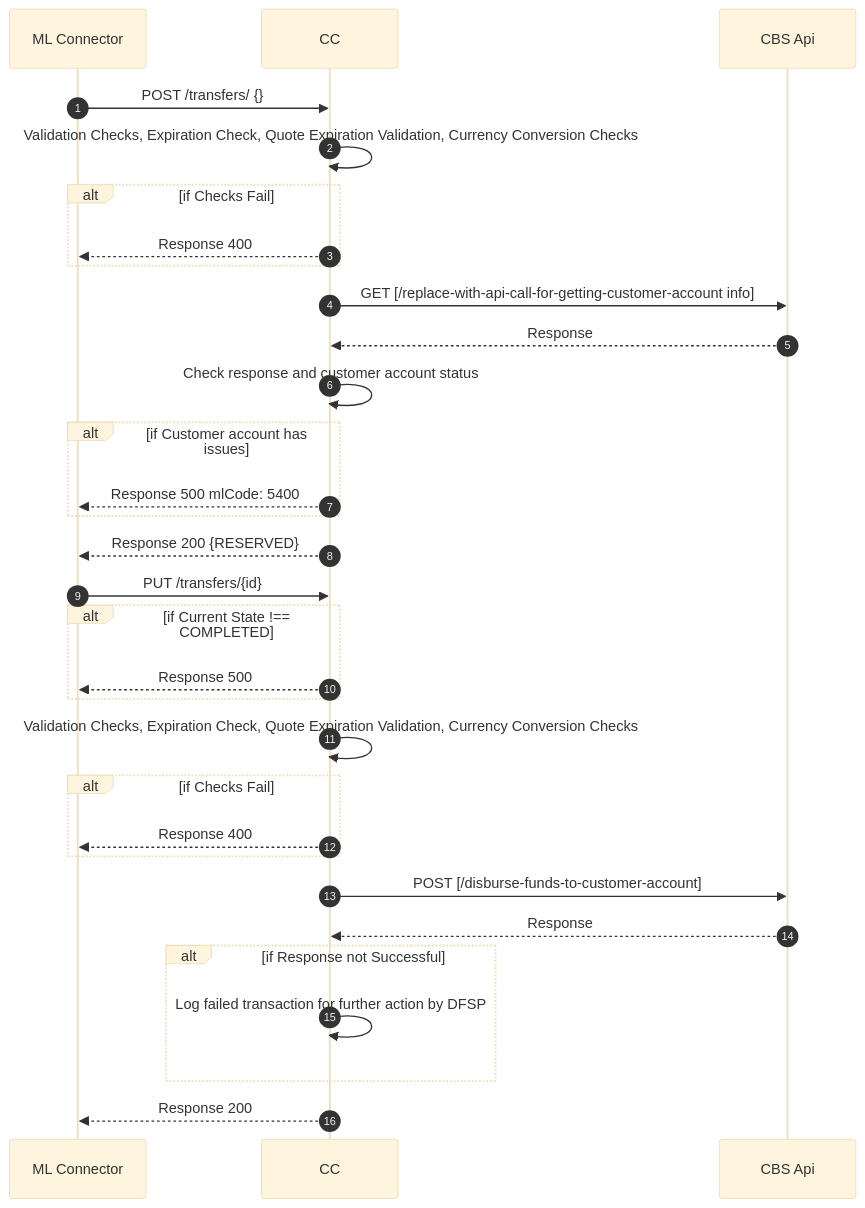
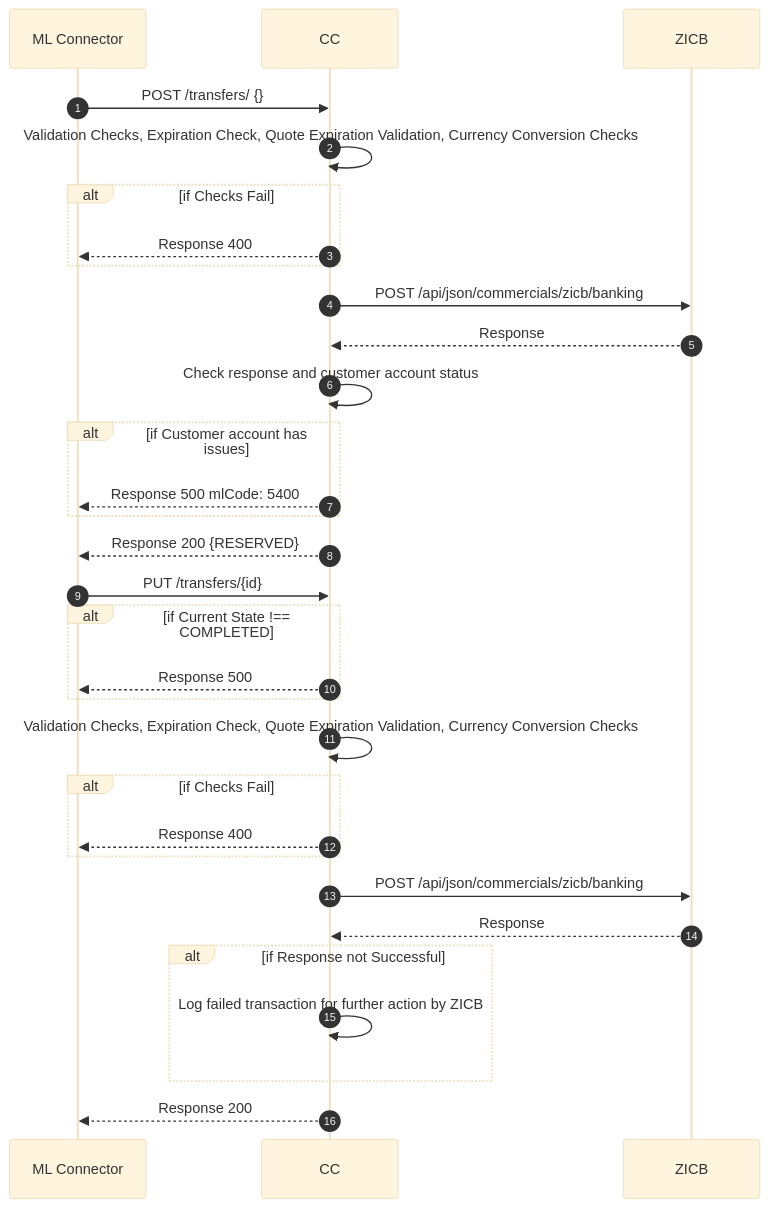
The diagram in zicb-zm-core-connector/docs/payee/payee-transfers.md (mojaloop/ml-reference-connectors), drawn with Mermaid (base theme) before and after one commit. The commit also changed 12 other files, not shown here.

Commit message:
chore: updated sequence diagrams

````diff
--- a/zicb-zm-core-connector/docs/payee/payee-transfers.md
+++ b/zicb-zm-core-connector/docs/payee/payee-transfers.md
@@ -4,31 +4,31 @@
 ```mermaid
 sequenceDiagram
   autoNumber
 ML Connector ->> CC:  POST /transfers/ {}
 CC->>CC:Validation Checks, Expiration Check, Quote Expiration Validation, Currency Conversion Checks
 Alt if Checks Fail
 CC-->>ML Connector: Response 400
 End
-CC->>CBS Api: GET [/replace-with-api-call-for-getting-customer-account info]
-CBS Api-->>CC: Response 
+CC->>ZICB:  POST /api/json/commercials/zicb/banking
+ZICB-->>CC: Response 
 CC->>CC: Check response and customer account status 
 Alt if Customer account has issues 
 CC-->> ML Connector: Response 500 mlCode: 5400
 End
 CC-->>ML Connector: Response 200 {RESERVED}
 ML Connector->>CC: PUT /transfers/{id}
 Alt if Current State !== COMPLETED
 CC-->>ML Connector: Response 500
 End
 CC->>CC: Validation Checks, Expiration Check, Quote Expiration Validation, Currency Conversion Checks
 Alt if Checks Fail
 CC-->>ML Connector: Response 400
 End
-CC->>CBS Api: POST [/disburse-funds-to-customer-account]
-CBS Api-->>CC: Response
+CC->>ZICB:  POST /api/json/commercials/zicb/banking
+ZICB-->>CC: Response
 Alt if Response not Successful
-CC->>CC: Log failed transaction for further action by DFSP
+CC->>CC: Log failed transaction for further action by ZICB
 End
 CC-->>ML Connector: Response 200
 
 ```
````
